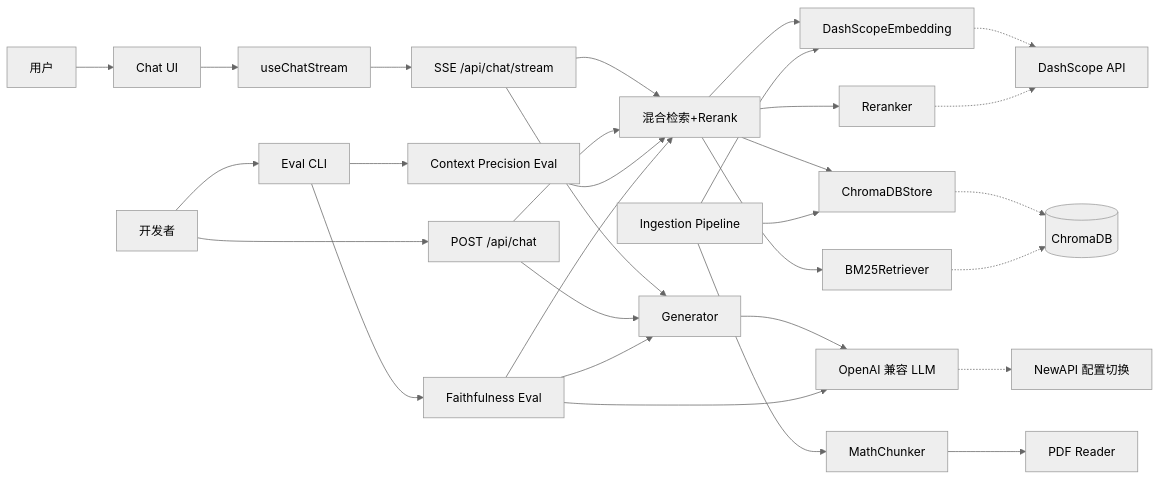
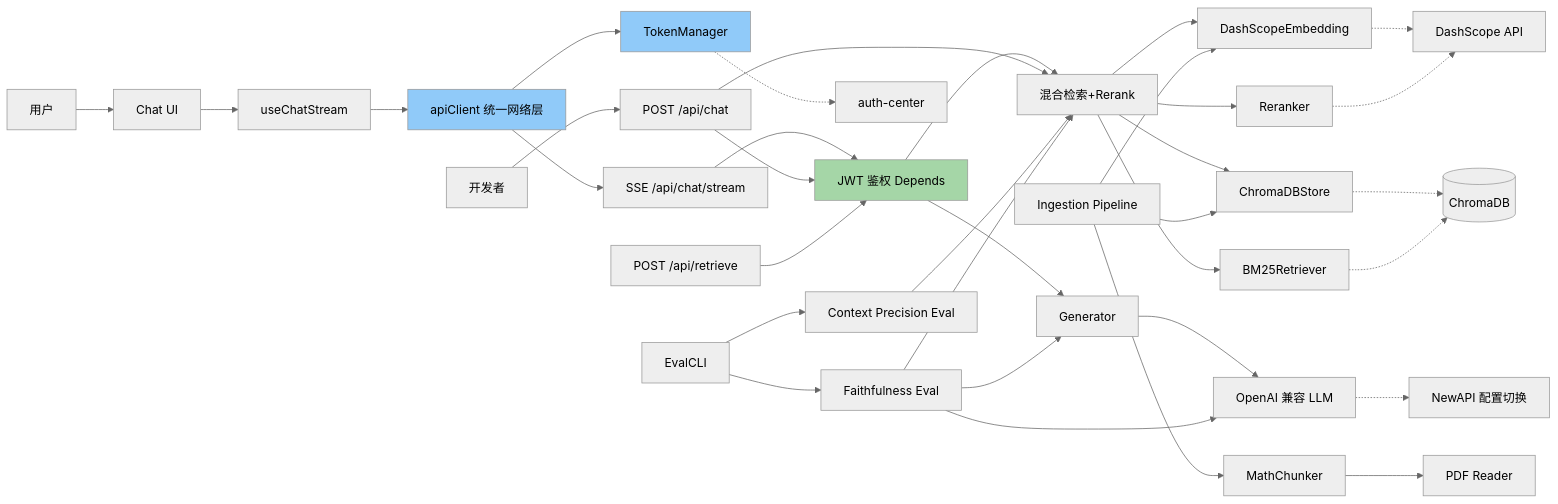
Before and after one commit to xiaolutang/OctoTutor: the diagram in .dev-flow/feature-map.md, drawn with Mermaid (neutral theme). The commit also changed other lines of this file and 17 other files, not shown here.

First line of the commit message:
chore: R006 auth-integration 归档 — 7/7 任务完成 [impl:claude eval:local] xlfoundry:v5.6.1

````diff
--- a/.dev-flow/feature-map.md
+++ b/.dev-flow/feature-map.md
@@ -5,38 +5,47 @@
 ```mermaid
 graph LR
     User[用户] --> ChatUI[Chat UI]
     ChatUI --> SSEHook[useChatStream]
-    SSEHook --> SSEEndpoint[SSE /api/chat/stream]
+    SSEHook --> ApiClient[apiClient 统一网络层]
+    ApiClient --> SSEEndpoint[SSE /api/chat/stream]
+    ApiClient --> TokenMgr[TokenManager]
 
     Dev[开发者] --> ChatAPI[POST /api/chat]
-    Dev --> EvalCLI[Eval CLI]
 
-    SSEEndpoint --> Retrieve[混合检索+Rerank]
+    SSEEndpoint --> AuthMiddleware[JWT 鉴权 Depends]
+    ChatAPI --> AuthMiddleware
+    RetrieveAPI[POST /api/retrieve] --> AuthMiddleware
+    AuthMiddleware --> Retrieve[混合检索+Rerank]
     ChatAPI --> Retrieve
     Retrieve --> Embedding[DashScopeEmbedding]
     Retrieve --> VectorStore[ChromaDBStore]
     Retrieve --> BM25[BM25Retriever]
     Retrieve --> Reranker[Reranker]
 
-    SSEEndpoint --> Generator[Generator]
-    ChatAPI --> Generator
+    AuthMiddleware --> Generator[Generator]
     Generator --> LLM[OpenAI 兼容 LLM]
+
+    TokenMgr -.-> AuthCenter[auth-center]
 
     EvalCLI --> CPEval[Context Precision Eval]
     EvalCLI --> FaithEval[Faithfulness Eval]
     CPEval --> Retrieve
     FaithEval --> Retrieve
     FaithEval --> Generator
     FaithEval --> LLM
 
     Embedding -.-> DashScope[DashScope API]
     Reranker -.-> DashScope
     VectorStore -.-> ChromaDB[(ChromaDB)]
     BM25 -.-> ChromaDB
     LLM -.-> NewAPI[NewAPI 配置切换]
 
     Ingestion[Ingestion Pipeline] --> Embedding
     Ingestion --> VectorStore
     Ingestion --> Chunker[MathChunker]
     Chunker --> PDFReader[PDF Reader]
+
+    style ApiClient fill:#90CAF9
+    style TokenMgr fill:#90CAF9
+    style AuthMiddleware fill:#A5D6A7
 ```
````
